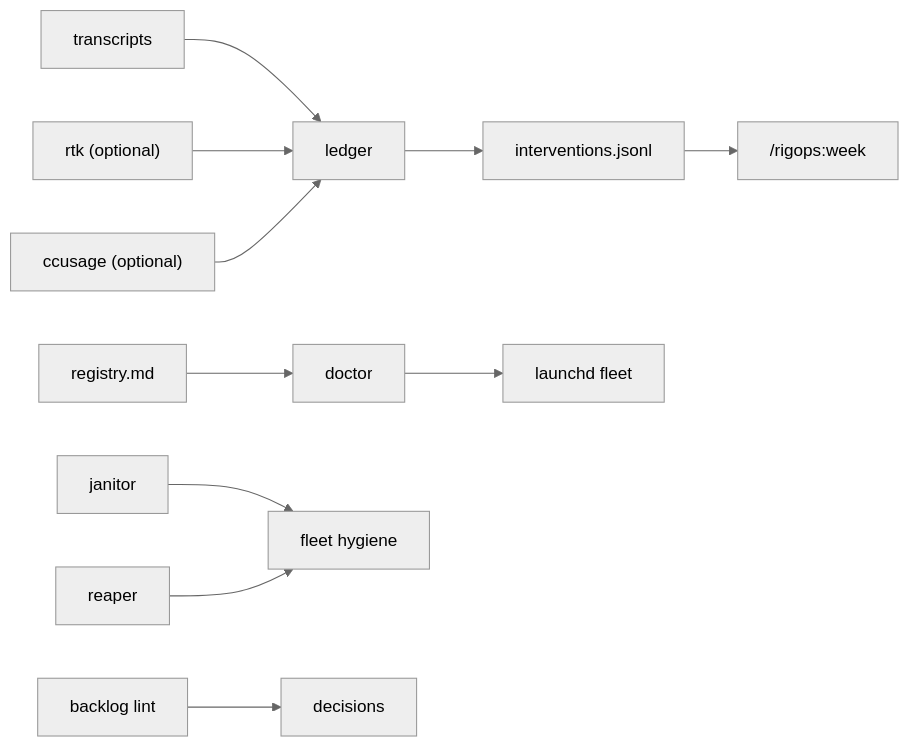
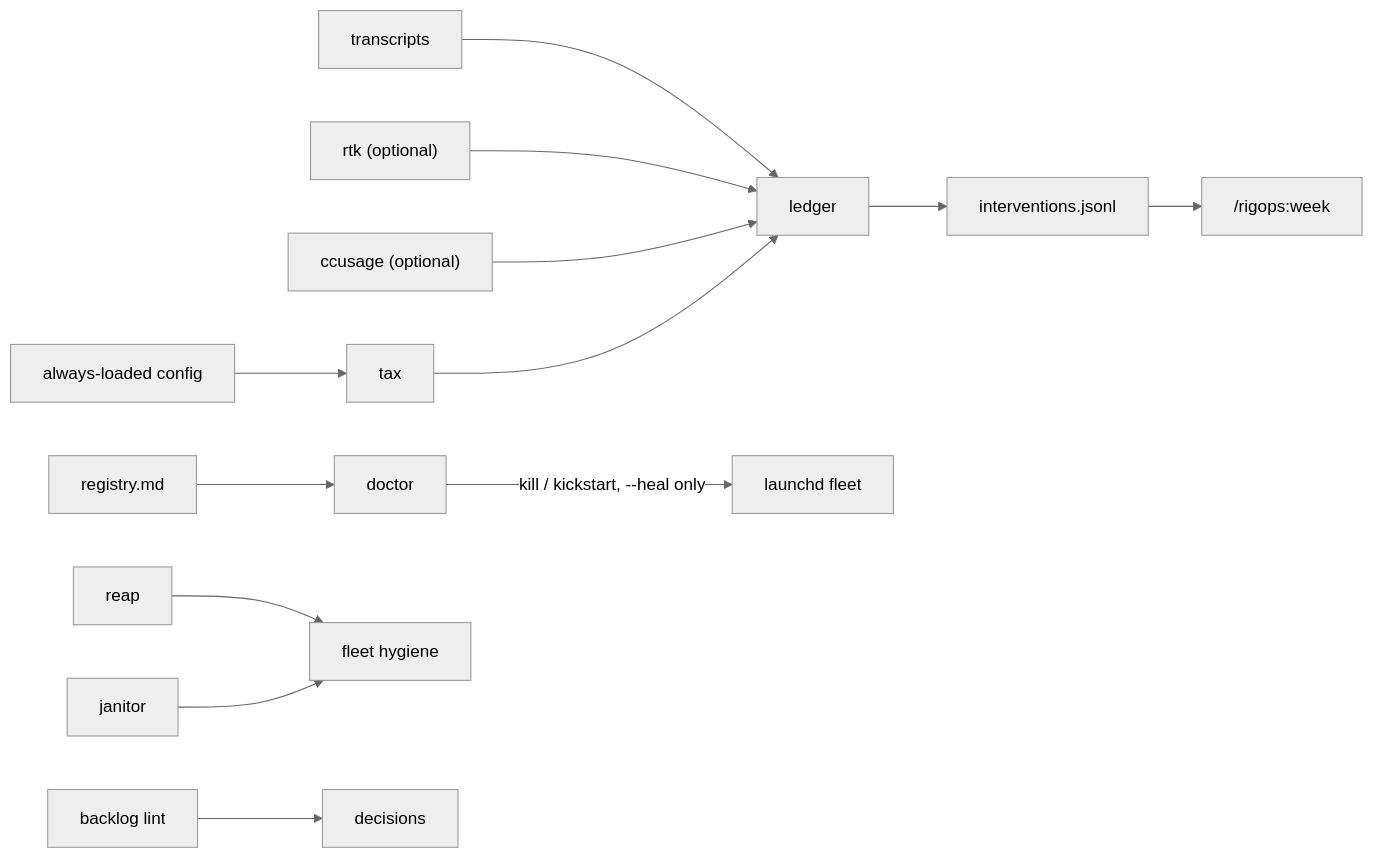
One commit to xantorres/rigops changed the diagram in README.md. Above: the diagram before and after it, drawn with Mermaid (neutral theme). The commit also changed other lines of this file and 14 other files, not shown here.

````diff
--- a/README.md
+++ b/README.md
@@ -49,16 +36,18 @@
 ```mermaid
 flowchart LR
     transcripts --> ledger
     rtk["rtk (optional)"] --> ledger
     ccusage["ccusage (optional)"] --> ledger
+    fixedcfg["always-loaded config"] --> tax
+    tax --> ledger
     ledger --> interventions["interventions.jsonl"]
     interventions --> review["/rigops:week"]
 
     registry["registry.md"] --> doctor
-    doctor --> fleet["launchd fleet"]
+    doctor -->|"kill / kickstart, --heal only"| fleet["launchd fleet"]
 
-    janitor --> hygiene["fleet hygiene"]
-    reaper --> hygiene
+    reap --> hygiene["fleet hygiene"]
+    janitor --> hygiene
 
     lint["backlog lint"] --> decisions
 ```
````
